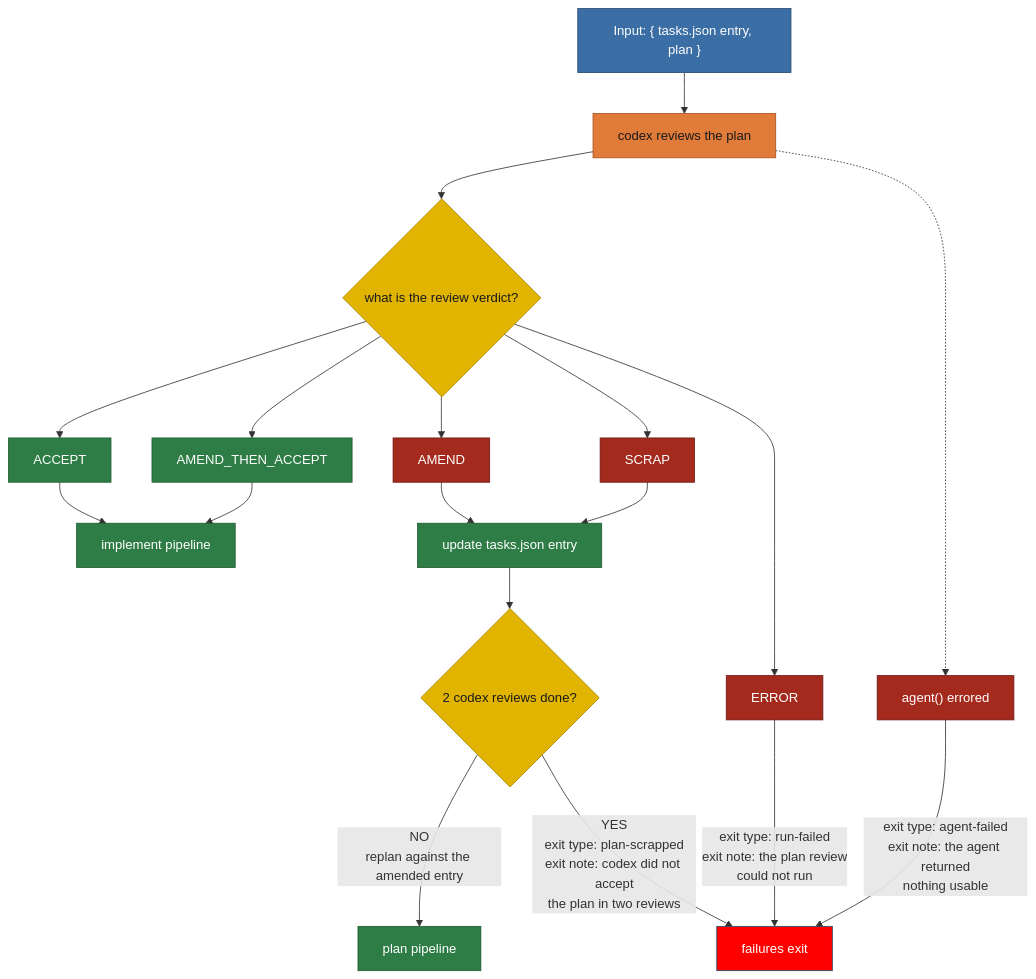
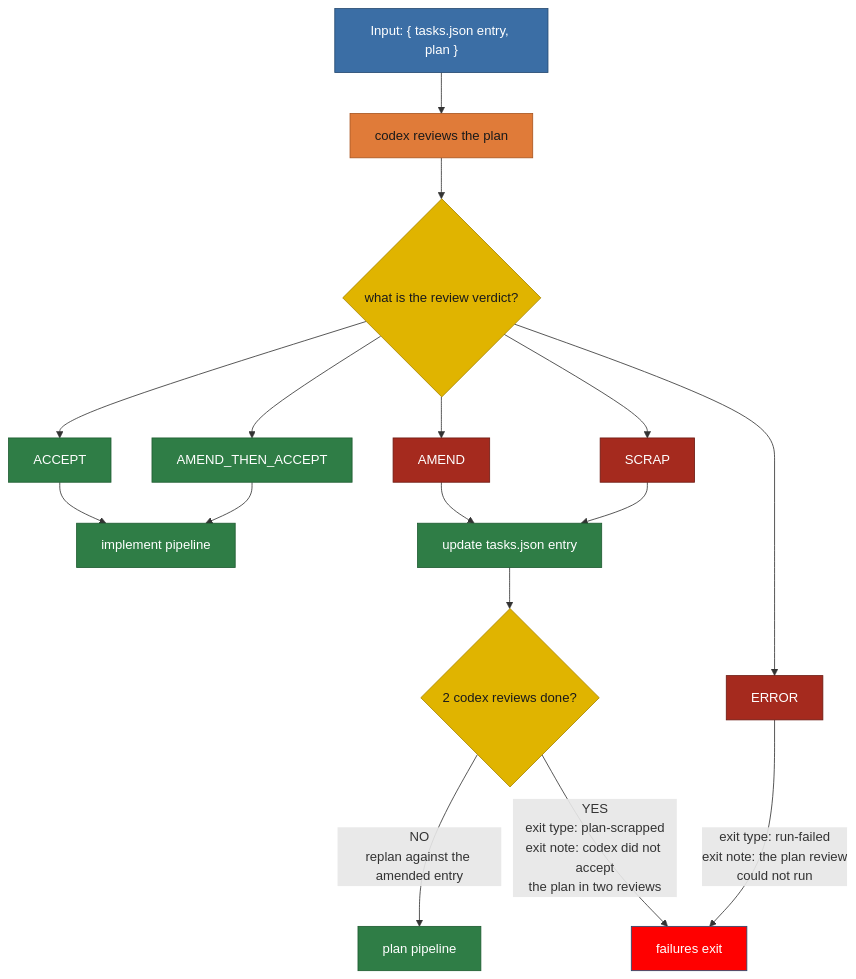
The diagram in plans/diagram/pipeline-reviewPlan.mmd (matkatmusic/taskTools), drawn with Mermaid before and after one commit. The commit also changed 404 other files, not shown here.

```diff
--- a/plans/diagram/pipeline-reviewPlan.mmd
+++ b/plans/diagram/pipeline-reviewPlan.mmd
@@ -1,72 +1,68 @@
 flowchart TB
 %% REVIEW PLAN PIPELINE. Split from pipeline-planning.mmd.
 %% ---
 %% Input: a draft plan from the plan pipeline.
 %% ---
 %% One job: decide whether the plan is good enough to implement.
 %% ---
 %% Codex gets two reviews. On the second one the pipeline aborts.
 %% ---
 %% AMEND_THEN_ACCEPT: the script already wrote codex's fixes into the plan, so implement reads them.
 %% ---
 %% ERROR means the reviewer never read the plan, so no ruling was possible.
 %% ---
 %% "update tasks.json entry" writes codex's notes into the entry.
 %% ---
 %% It also raises the review counter by one.
 %% ---
 %% The planner reads that entry, so the replan is not a bare retry.
 %% ---
 %% A script that fails operationally exits the run as run-failed.
 %% ---
 %% Exit types this pipeline can produce:
-%% ---
-%% agent-failed - an agent returned nothing usable
 %% ---
 %% plan-scrapped - codex did not accept the plan in two reviews
 %% ---
 %% run-failed - a script failed operationally
 
   DRAFT_PLAN_INPUT["Input: { tasks.json entry, plan }"] --> CODEX_REVIEWS_PLAN
   CODEX_REVIEWS_PLAN["codex reviews the plan"] --> WHAT_IS_REVIEW_VERDICT{"what is the review verdict?"}
   WHAT_IS_REVIEW_VERDICT --> VERDICT_ACCEPT["ACCEPT"]
   WHAT_IS_REVIEW_VERDICT --> VERDICT_AMEND_THEN_ACCEPT["AMEND_THEN_ACCEPT"]
   WHAT_IS_REVIEW_VERDICT --> VERDICT_AMEND["AMEND"]
   WHAT_IS_REVIEW_VERDICT --> VERDICT_SCRAP["SCRAP"]
   WHAT_IS_REVIEW_VERDICT --> VERDICT_ERROR["ERROR"]
 
   VERDICT_ACCEPT --> IMPLEMENT_PIPELINE["implement pipeline"]
   VERDICT_AMEND_THEN_ACCEPT --> IMPLEMENT_PIPELINE
 
   VERDICT_ERROR -- "exit type: run-failed<br/>exit note: the plan review<br/>could not run" --> EXIT_WORKFLOW_REVIEW_PLAN
 
   VERDICT_AMEND --> UPDATE_TASK_ENTRY
   VERDICT_SCRAP --> UPDATE_TASK_ENTRY
   UPDATE_TASK_ENTRY["update tasks.json entry"] --> ARE_2_REVIEWS_DONE{"2 codex reviews done?"}
   ARE_2_REVIEWS_DONE -- "NO<br/>replan against the amended entry" --> PLAN_PIPELINE["plan pipeline"]
   ARE_2_REVIEWS_DONE -- "YES<br/>exit type: plan-scrapped<br/>exit note: codex did not accept<br/>the plan in two reviews" --> EXIT_WORKFLOW_REVIEW_PLAN
 
-  CODEX_REVIEWS_PLAN -.-> AGENT_ERRORED["agent() errored"] -- "exit type: agent-failed<br/>exit note: the agent returned<br/>nothing usable" --> EXIT_WORKFLOW_REVIEW_PLAN
-
   EXIT_WORKFLOW_REVIEW_PLAN["failures exit"]
 
   %% Green heads for the next pipeline.
   %% ---
   %% Red replans, or ends in the exit workflow.
   classDef pipeline fill:#2f7d46,stroke:#1e5c31,color:#ffffff
   classDef script fill:#2f7d46,stroke:#1e5c31,color:#ffffff
   classDef agent fill:#e07b39,stroke:#a8541f,color:#1a1a1a
   classDef decision fill:#e0b400,stroke:#a88600,color:#1a1a1a
   classDef output fill:#3b6ea5,stroke:#254a70,color:#ffffff
   classDef fail fill:red,stroke:#254a70,color:#ffffff
   classDef pass fill:#2f7d46,stroke:#1e5c31,color:#ffffff
   classDef nopass fill:#a52a1e,stroke:#6d1a12,color:#ffffff
   class WHAT_IS_REVIEW_VERDICT,ARE_2_REVIEWS_DONE decision
   class UPDATE_TASK_ENTRY script
   class CODEX_REVIEWS_PLAN agent
+  class CODEX_REVIEWS_PLAN returns_a_prompt
   class PLAN_PIPELINE,IMPLEMENT_PIPELINE pipeline
   class VERDICT_ACCEPT,VERDICT_AMEND_THEN_ACCEPT pass
   class VERDICT_AMEND,VERDICT_SCRAP,VERDICT_ERROR nopass
-  class AGENT_ERRORED nopass
   class EXIT_WORKFLOW_REVIEW_PLAN fail
   class DRAFT_PLAN_INPUT output
```
